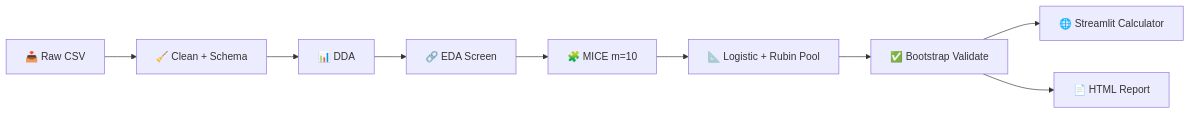
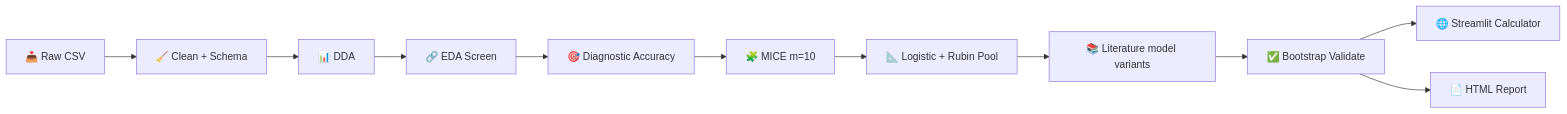
One commit to DrAndrushka/meningioma-atypier changed the diagram in README.md. Above: the diagram before and after it, drawn with Mermaid. The commit also changed other lines of this file and 2 other files, not shown here.

````diff
--- a/README.md
+++ b/README.md
@@ -70,11 +70,13 @@
 ```mermaid
 flowchart LR
     A[📥 Raw CSV] --> B[🧹 Clean + Schema]
     B --> C[📊 DDA]
     C --> D[🔗 EDA Screen]
-    D --> E[🧩 MICE m=10]
+    D --> D2[🎯 Diagnostic Accuracy]
+    D2 --> E[🧩 MICE m=10]
     E --> F[📐 Logistic + Rubin Pool]
-    F --> G[✅ Bootstrap Validate]
+    F --> F2[📚 Literature model variants]
+    F2 --> G[✅ Bootstrap Validate]
     G --> H[🌐 Streamlit Calculator]
     G --> I[📄 HTML Report]
 ```
````
